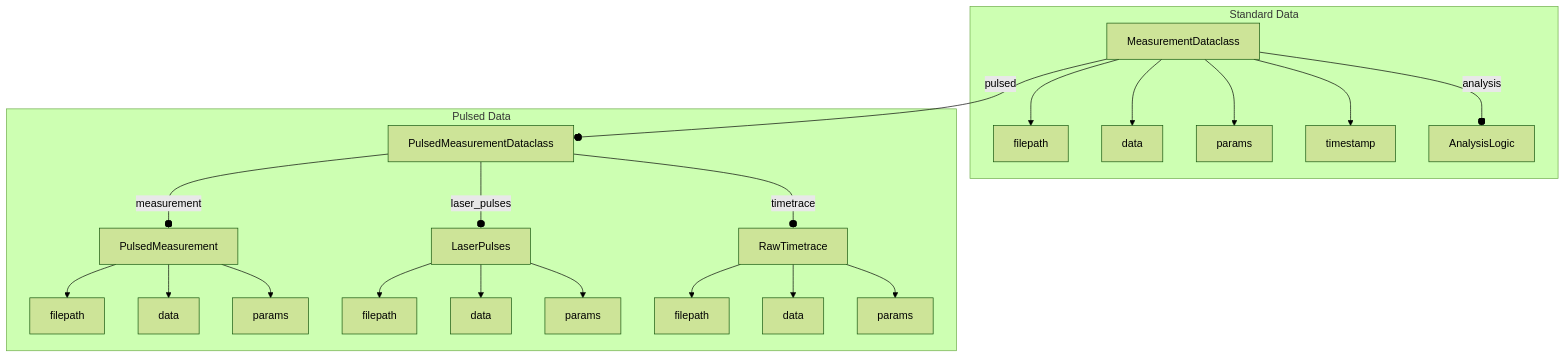
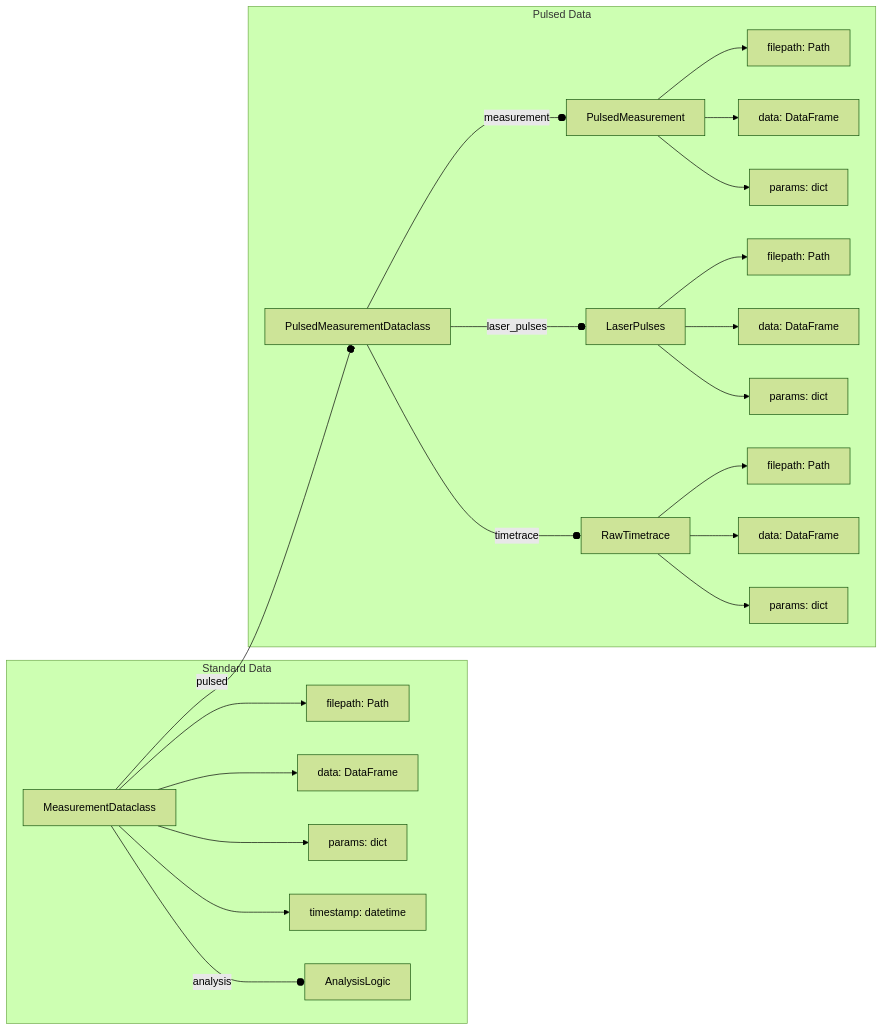
One commit to dineshpinto/qudi-hira-analysis changed the second of 2 diagrams in README.md. Above: the diagram before and after it, drawn with Mermaid (forest theme). The commit also changed other lines of this file and 3 other files, not shown here.

````diff
--- a/README.md
+++ b/README.md
@@ -46,25 +45,25 @@
 ```mermaid
-flowchart TD;
+flowchart LR;
     subgraph Standard Data
-        MeasurementDataclass-->filepath1[filepath];
-        MeasurementDataclass-->data1[data];
-        MeasurementDataclass-->params1[params];
-        MeasurementDataclass-->timestamp1[timestamp];
+        MeasurementDataclass-->filepath1[filepath: Path];
+        MeasurementDataclass-->data1[data: DataFrame];
+        MeasurementDataclass-->params1[params: dict];
+        MeasurementDataclass-->timestamp1[timestamp: datetime];
         MeasurementDataclass-- analysis --oAnalysisLogic;
     end
     subgraph Pulsed Data
         MeasurementDataclass-- pulsed --oPulsedMeasurementDataclass;
         PulsedMeasurementDataclass-- measurement --oPulsedMeasurement;
-        PulsedMeasurement--> filepath2[filepath];
-        PulsedMeasurement--> data2[data];
-        PulsedMeasurement--> params2[params];
+        PulsedMeasurement--> filepath2[filepath: Path];
+        PulsedMeasurement--> data2[data: DataFrame];
+        PulsedMeasurement--> params2[params: dict];
         PulsedMeasurementDataclass-- laser_pulses --oLaserPulses; 
-        LaserPulses--> filepath3[filepath];
-        LaserPulses--> data3[data];
-        LaserPulses--> params3[params];
+        LaserPulses--> filepath3[filepath: Path];
+        LaserPulses--> data3[data: DataFrame];
+        LaserPulses--> params3[params: dict];
         PulsedMeasurementDataclass-- timetrace --oRawTimetrace;
-        RawTimetrace--> filepath4[filepath];
-        RawTimetrace--> data4[data];
-        RawTimetrace--> params4[params];
+        RawTimetrace--> filepath4[filepath: Path];
+        RawTimetrace--> data4[data: DataFrame];
+        RawTimetrace--> params4[params: dict];
     end
 ```
````
